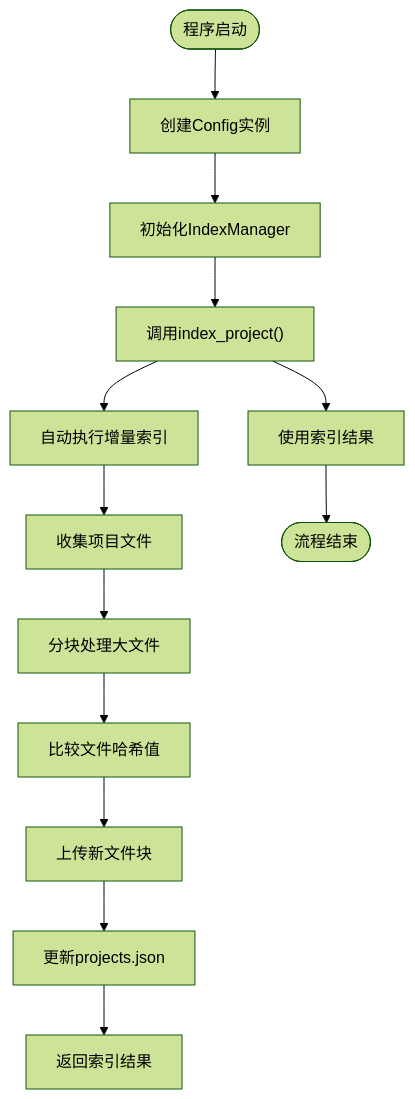
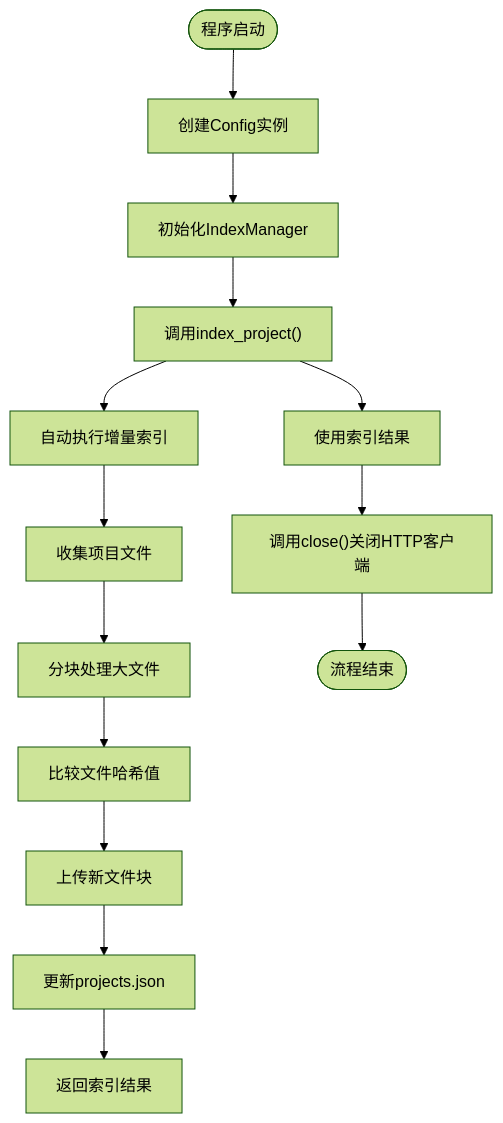
One commit to gittool/acemcp changed the seventh of 7 diagrams in .qoder/repowiki/zh/content/索引与搜索功能/索引管理机制.md. Above: the diagram before and after it, drawn with Mermaid (forest theme). The commit also changed other lines of this file and 3 other files, not shown here.

````diff
--- a/.qoder/repowiki/zh/content/索引与搜索功能/索引管理机制.md
+++ b/.qoder/repowiki/zh/content/索引与搜索功能/索引管理机制.md
@@ -239,15 +251,16 @@
 ```mermaid
 flowchart TD
 Start([程序启动]) --> CreateConfig["创建Config实例"]
 CreateConfig --> InitIndexManager["初始化IndexManager"]
 InitIndexManager --> CallIndexProject["调用index_project()"]
 CallIndexProject --> AutoIndexing["自动执行增量索引"]
 AutoIndexing --> CollectFiles["收集项目文件"]
 CollectFiles --> SplitLargeFiles["分块处理大文件"]
 SplitLargeFiles --> CompareHashes["比较文件哈希值"]
 CompareHashes --> UploadNewFiles["上传新文件块"]
 UploadNewFiles --> UpdateStatus["更新projects.json"]
 UpdateStatus --> ReturnResult["返回索引结果"]
 CallIndexProject --> UseResult["使用索引结果"]
-UseResult --> End([流程结束])
+UseResult --> CloseClient["调用close()关闭HTTP客户端"]
+CloseClient --> End([流程结束])
 ```
````
